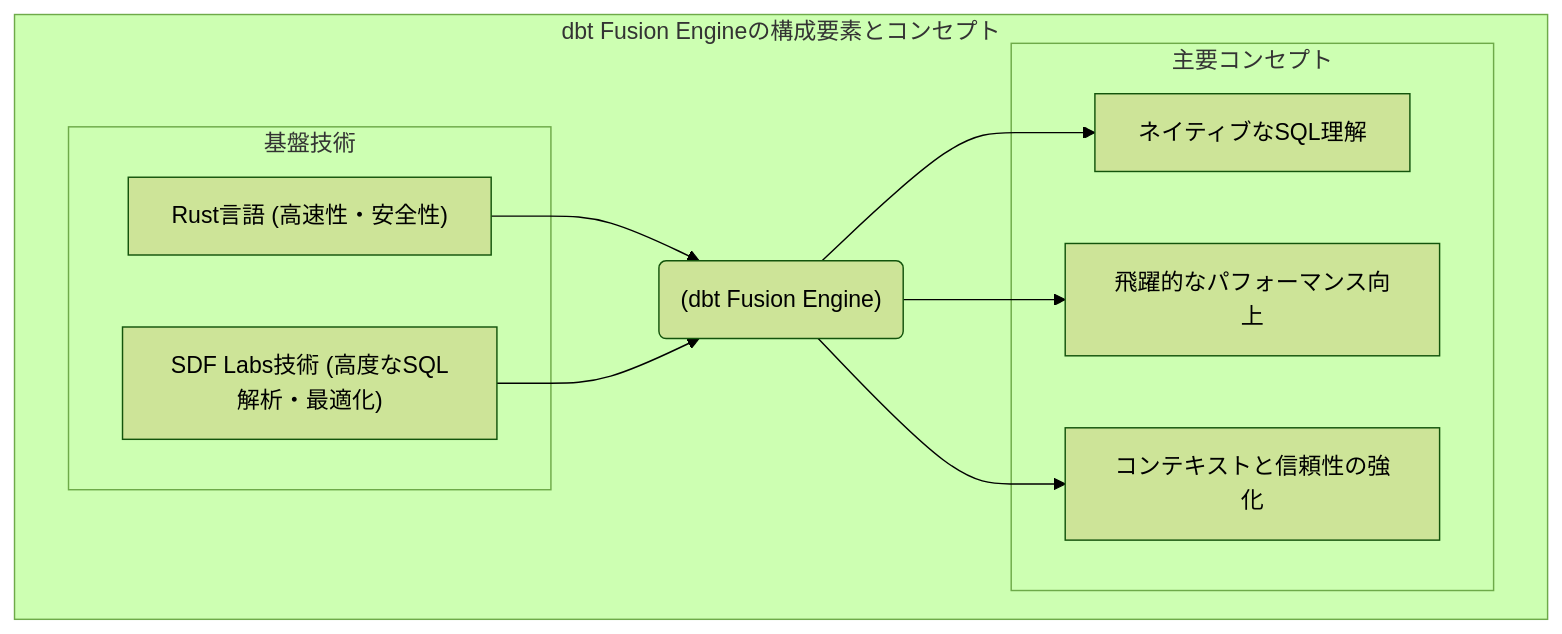
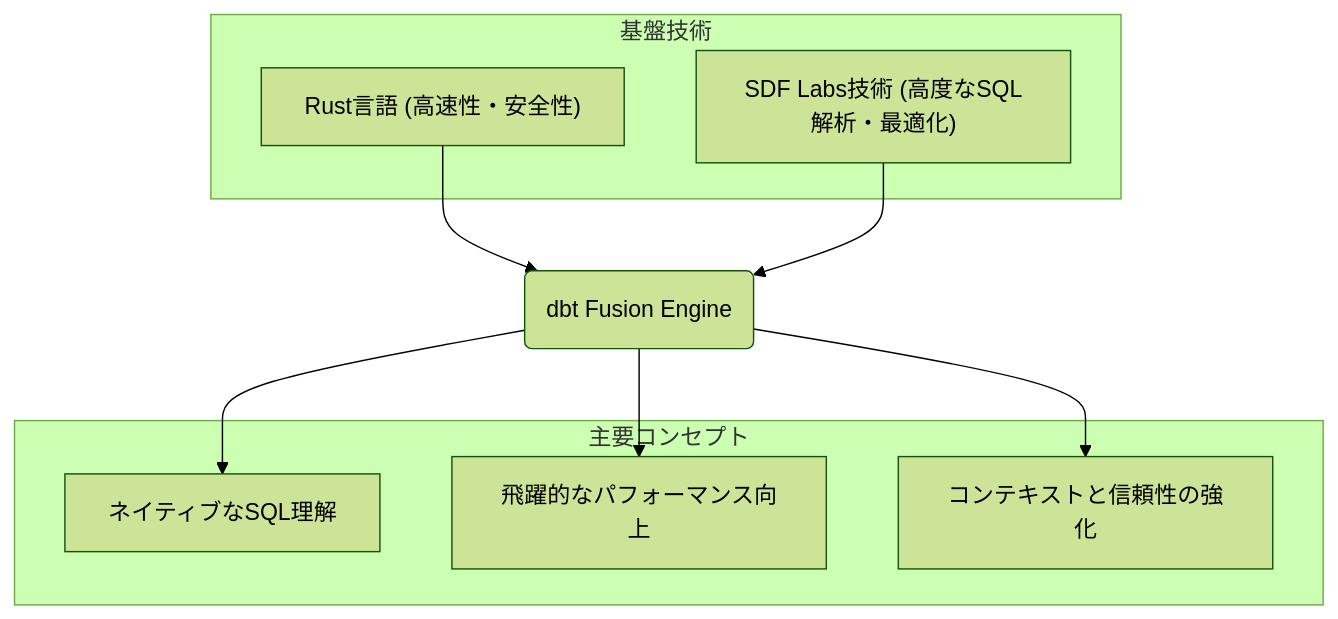
The first of 4 diagrams in articles/dbt_fusion_engine_20250530.md (suwa-sh/zenn-contents), drawn with Mermaid (forest theme) before and after one commit. The commit also changed other lines of this file, not shown here.

````diff
--- a/articles/dbt_fusion_engine_20250530.md
+++ b/articles/dbt_fusion_engine_20250530.md
@@ -26,22 +26,19 @@
 ```mermaid
 graph TD
-    subgraph dbt_Fusion_Engine_Architecture["dbt Fusion Engineの構成要素とコンセプト"]
-        direction LR
-        subgraph Core_Technologies["基盤技術"]
-            Rust["Rust言語 (高速性・安全性)"]
-            SDF["SDF Labs技術 (高度なSQL解析・最適化)"]
-        end
+    subgraph Core_Technologies["基盤技術"]
+        Rust["Rust言語 (高速性・安全性)"]
+        SDF["SDF Labs技術 (高度なSQL解析・最適化)"]
+    end
 
-        subgraph Key_Concepts["主要コンセプト"]
-            NativeSQL["ネイティブなSQL理解"]
-            Performance["飛躍的なパフォーマンス向上"]
-            ContextReliance["コンテキストと信頼性の強化"]
-        end
+    subgraph Key_Concepts["主要コンセプト"]
+        NativeSQL["ネイティブなSQL理解"]
+        Performance["飛躍的なパフォーマンス向上"]
+        ContextReliance["コンテキストと信頼性の強化"]
+    end
 
-        Rust --> FusionEngine("(dbt Fusion Engine)")
-        SDF --> FusionEngine
-        FusionEngine --> NativeSQL
-        FusionEngine --> Performance
-        FusionEngine --> ContextReliance
-    end
+    Rust --> FusionEngine("dbt Fusion Engine")
+    SDF --> FusionEngine
+    FusionEngine --> NativeSQL
+    FusionEngine --> Performance
+    FusionEngine --> ContextReliance
 ```
````
